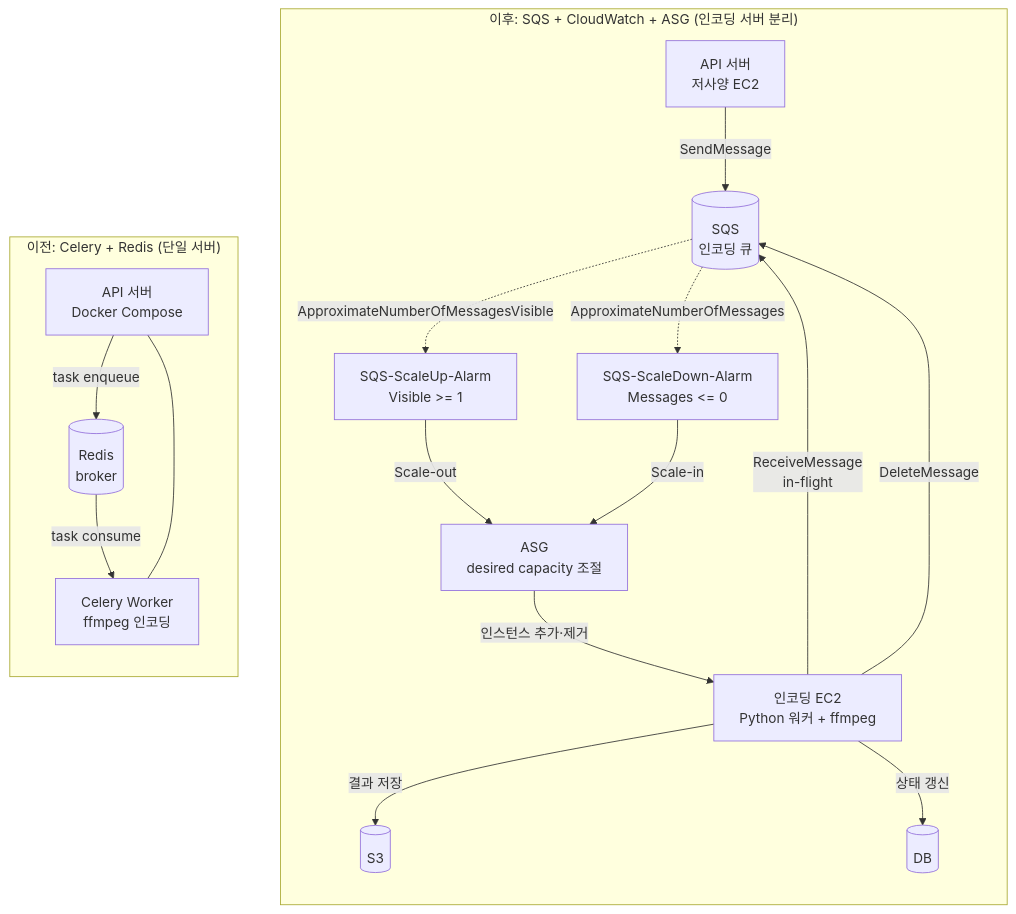
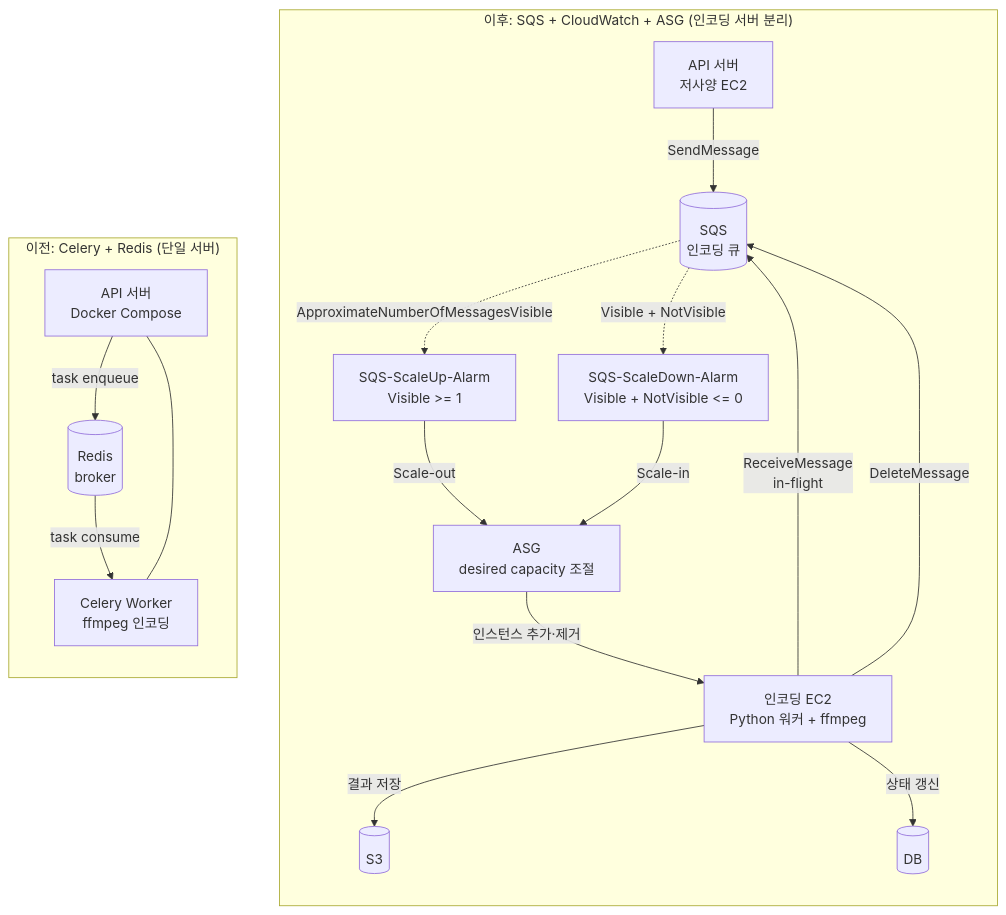
One commit to DSeung001/dseung001.github.io changed the first of 2 diagrams in content/posts/2026/06/23/class-s-encoding-server-split-cost-saving/index.md. Above: the diagram before and after it, drawn with Mermaid. The commit also changed other lines of this file, not shown here.

````diff
--- a/content/posts/2026/06/23/class-s-encoding-server-split-cost-saving/index.md
+++ b/content/posts/2026/06/23/class-s-encoding-server-split-cost-saving/index.md
@@ -51,36 +51,36 @@
 ```mermaid
 flowchart TB
 
     subgraph after["이후: SQS + CloudWatch + ASG (인코딩 서버 분리)"]
         direction TB
         A_API["API 서버<br/>저사양 EC2"]
         A_SQS[("SQS<br/>인코딩 큐")]
         A_CW_UP["SQS-ScaleUp-Alarm<br/>Visible >= 1"]
-        A_CW_DOWN["SQS-ScaleDown-Alarm<br/>Messages <= 0"]
+        A_CW_DOWN["SQS-ScaleDown-Alarm<br/>Visible + NotVisible <= 0"]
         A_ASG["ASG<br/>desired capacity 조절"]
         A_WORKER["인코딩 EC2<br/>Python 워커 + ffmpeg"]
         A_S3[("S3")]
         A_DB[("DB")]
 
         A_API -->|"SendMessage"| A_SQS
         A_SQS -.->|"ApproximateNumberOfMessagesVisible"| A_CW_UP
-        A_SQS -.->|"ApproximateNumberOfMessages"| A_CW_DOWN
+        A_SQS -.->|"Visible + NotVisible"| A_CW_DOWN
         A_CW_UP -->|"Scale-out"| A_ASG
         A_CW_DOWN -->|"Scale-in"| A_ASG
         A_ASG -->|"인스턴스 추가·제거"| A_WORKER
         A_WORKER -->|"ReceiveMessage<br/>in-flight"| A_SQS
         A_WORKER -->|"결과 저장"| A_S3
         A_WORKER -->|"상태 갱신"| A_DB
         A_WORKER -->|"DeleteMessage"| A_SQS
     end
 
     subgraph before["이전: Celery + Redis (단일 서버)"]
         direction TB
         B_API["API 서버<br/>Docker Compose"]
         B_REDIS[("Redis<br/>broker")]
         B_CELERY["Celery Worker<br/>ffmpeg 인코딩"]
         B_API -->|"task enqueue"| B_REDIS
         B_REDIS -->|"task consume"| B_CELERY
         B_API --- B_CELERY
     end
 ```
````
